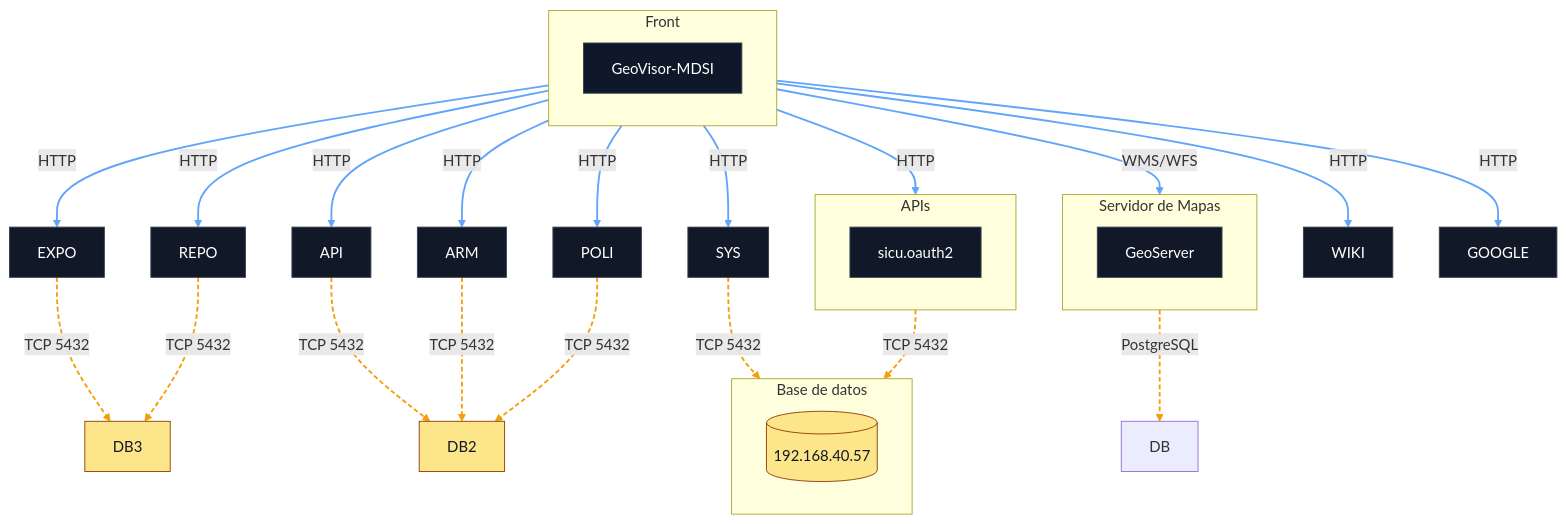
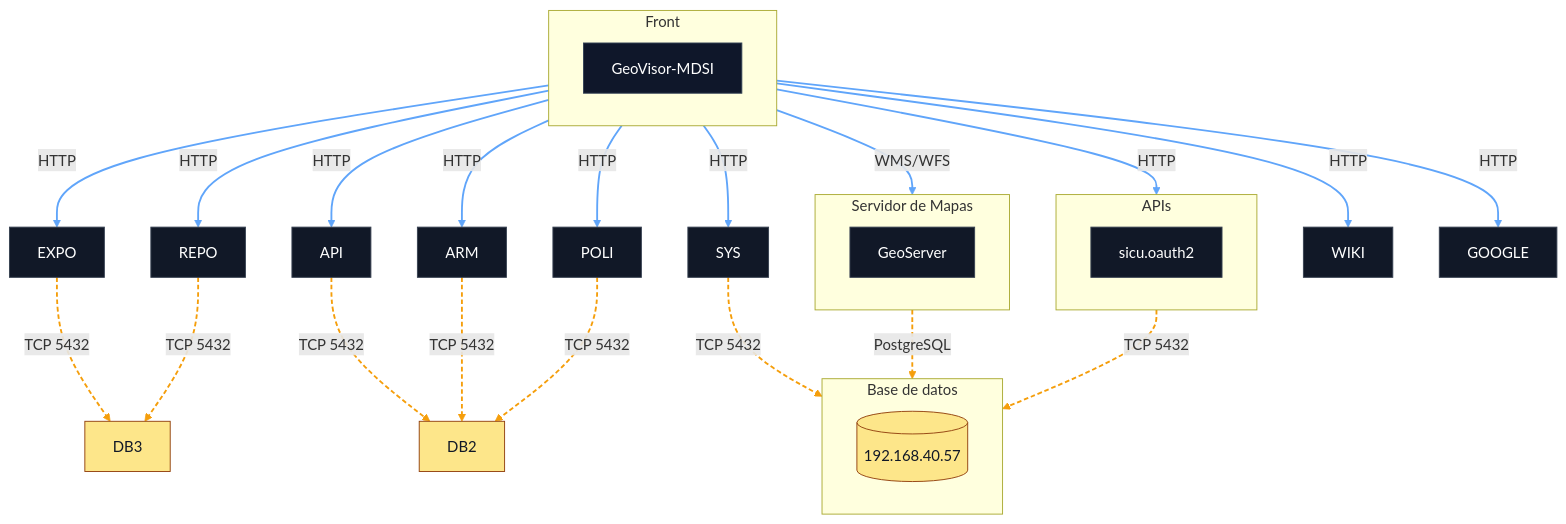
One commit to mdsigeovisor/geovisormdsi changed the diagram in README.md. Above: the diagram before and after it, drawn with Mermaid.

````diff
--- a/README.md
+++ b/README.md
@@ -3,62 +3,62 @@
 ```mermaid
 flowchart TB
   %% =========================
   %% CAPAS
   %% =========================
   subgraph L1[Front]
     direction LR
     FRONT[GeoVisor-MDSI]
   end
 
   subgraph L2[APIs]
     direction LR    
     AUTH[sicu.oauth2]    
   end
 
   subgraph L3[Base de datos]
     direction LR
     DB1[(192.168.40.57)]    
   end
   subgraph L4[Servidor de Mapas]
     direction LR
     GEOSERVER[GeoServer]    
   end
 
   %% =========================
   %% RELACIONES
   %% =========================
   FRONT -->|HTTP| EXPO
   FRONT -->|HTTP| REPO
   FRONT -->|HTTP| API
   FRONT -->|HTTP| SYS
   FRONT -->|HTTP| AUTH
   FRONT -->|HTTP| ARM
   FRONT -->|HTTP| POLI
   FRONT -->|WMS/WFS| GEOSERVER
   FRONT -->|HTTP| WIKI
   FRONT -->|HTTP| GOOGLE
   EXPO -.->|TCP 5432| DB3
   REPO -.->|TCP 5432| DB3
   API -.->|TCP 5432| DB2
   ARM -.->|TCP 5432| DB2
   POLI -.->|TCP 5432| DB2
-  GEOSERVER -.->|PostgreSQL| DB
+  GEOSERVER -.->|PostgreSQL| DB1
   SYS -.->|TCP 5432| DB1
   AUTH -.->|TCP 5432| DB1
 
   %% =========================
   %% ESTILOS
   %% =========================
   classDef front fill:#0f172a,stroke:#334155,stroke-width:1px,color:#fff;
   classDef service fill:#111827,stroke:#374151,stroke-width:1px,color:#fff;
   classDef db fill:#fde68a,stroke:#92400e,stroke-width:1px,color:#111827;
   classDef cloud fill:#e0f2fe,stroke:#0284c7,stroke-width:1px,color:#0f172a;
 
   class FRONT front;
   class API,SYS,ARM,AUTH,REPO,POLI,EXPO,WIKI,GOOGLE,GEOSERVER service;
   class DB1,DB2,DB3 db;
 
   %% (Opcional) estilo de links
   linkStyle 0,1,2,3,4,5,6,7,8,9 stroke:#60a5fa,stroke-width:2px;
   linkStyle 10,11,12,13,14,15,16,17 stroke:#f59e0b,stroke-width:2px,stroke-dasharray:5 3;
 ```
````
